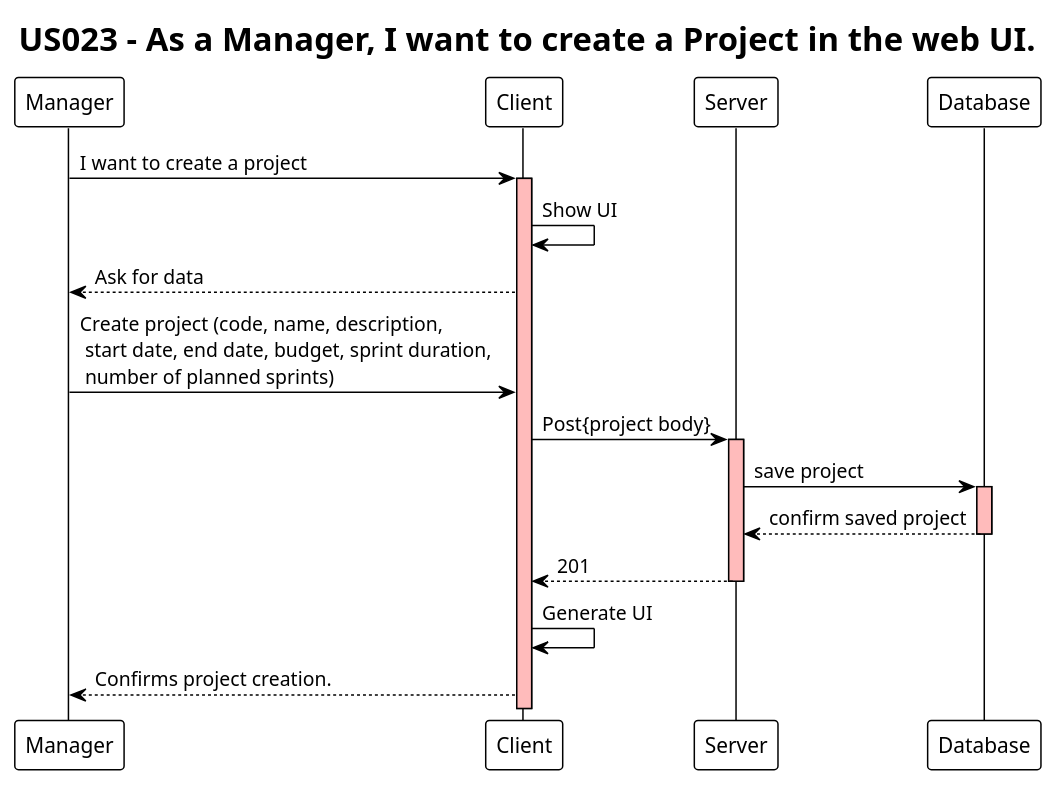
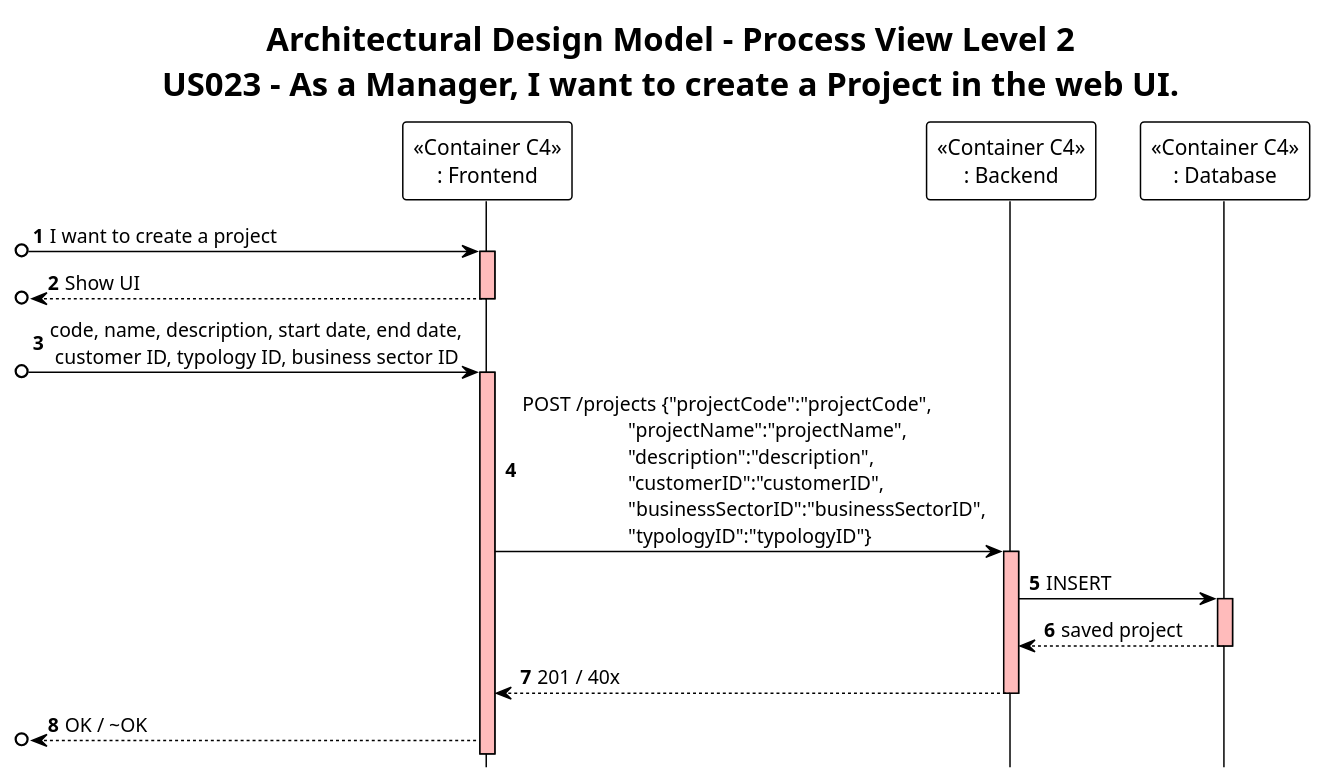
The diagram in docs/modelling_design/system_architecture/ProcessView_Level2_US023.puml (ivo-menezes/project_g3), drawn with PlantUML before and after one commit. The commit also changed 6 other files, not shown here.

Commit message:
T731: Design: update architectural design diagrams (addresses #186)

```diff
--- a/docs/modelling_design/system_architecture/ProcessView_Level2_US023.puml
+++ b/docs/modelling_design/system_architecture/ProcessView_Level2_US023.puml
@@ -1,28 +1,37 @@
 @startuml
 !theme plain
-skinparam sequence {
+hide footbox
+autonumber
+
+skinparam sequence{
 LifeLineBackgroundColor #FFBBBB
 }
-title "US023 - As a Manager, I want to create a Project in the web UI."
 
-participant Manager
-participant Client
-participant Server
-participant Database
+title "Architectural Design Model - Process View Level 2\nUS023 - As a Manager, I want to create a Project in the web UI."
 
-Manager -> Client: I want to create a project
-activate Client
-Client -> Client: Show UI
-Client --> Manager: Ask for data
-Manager -> Client: Create project (code, name, description, \n start date, end date, budget, sprint duration,\n number of planned sprints)
-Client -> Server: Post{project body}
-activate Server
-Server -> Database: save project
-activate Database
-Database --> Server: confirm saved project
-deactivate Database
-Server --> Client: 201
-deactivate Server
-Client -> Client: Generate UI
-Manager <-- Client: Confirms project creation.
+participant "<<Container C4>>\n: Frontend" as fe
+participant "<<Container C4>>\n: Backend" as be
+participant "<<Container C4>>\n: Database" as db
+
+[o-> fe: I want to create a project
+activate fe
+[o<-- fe : Show UI
+deactivate fe
+
+[o-> fe : code, name, description, start date, end date,\n customer ID, typology ID, business sector ID
+activate fe
+
+fe -> be: POST /projects {"projectCode":"projectCode",\n                     "projectName":"projectName",\n                     "description":"description",\n                     "customerID":"customerID",\n                     "businessSectorID":"businessSectorID",\n                     "typologyID":"typologyID"}
+activate be
+
+be -> db : INSERT
+activate db
+db --> be : saved project
+deactivate db
+
+be --> fe: 201 / 40x
+deactivate be
+
+[o<-- fe : OK / ~OK
+
 @enduml
```
